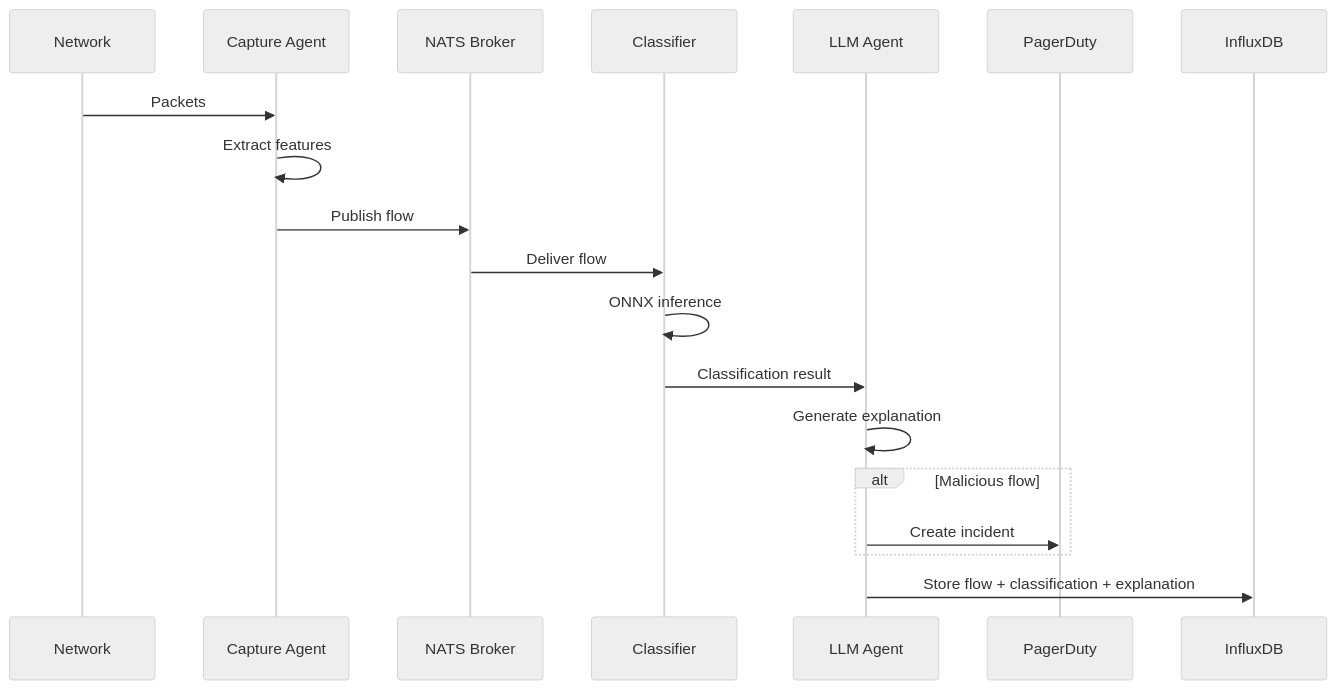
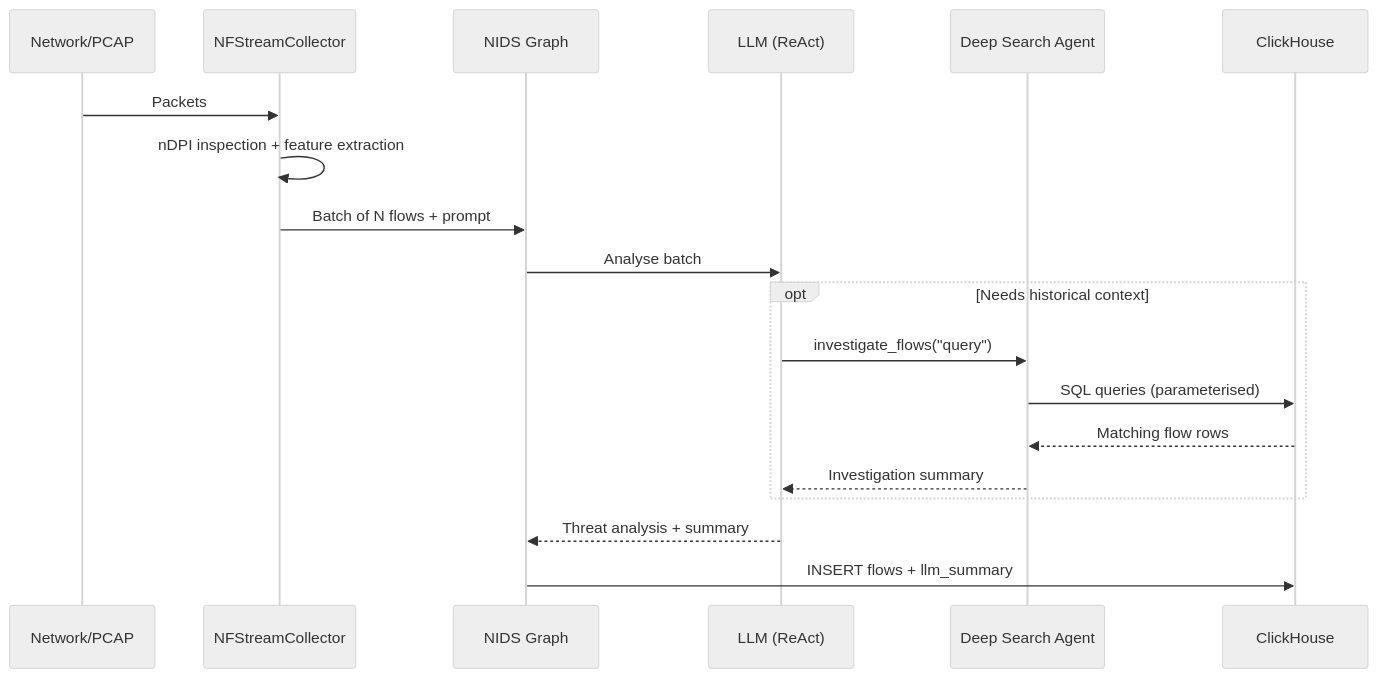
The second of 2 diagrams in docs/docs/architecture/overview.md (giorgiozoppi/agentic-nids), drawn with Mermaid (neutral theme) before and after one commit. The commit also changed other lines of this file and 56 other files, not shown here.

````diff
--- a/docs/docs/architecture/overview.md
+++ b/docs/docs/architecture/overview.md
@@ -128,24 +92,25 @@
 ```mermaid
 sequenceDiagram
-    participant Net as Network
-    participant Cap as Capture Agent
-    participant NATS as NATS Broker
-    participant ML as Classifier
-    participant LLM as LLM Agent
-    participant PD as PagerDuty
-    participant DB as InfluxDB
+    participant Net as Network/PCAP
+    participant Col as NFStreamCollector
+    participant Graph as NIDS Graph
+    participant LLM as LLM (ReAct)
+    participant DSA as Deep Search Agent
+    participant CH as ClickHouse
 
-    Net->>Cap: Packets
-    Cap->>Cap: Extract features
-    Cap->>NATS: Publish flow
-    NATS->>ML: Deliver flow
-    ML->>ML: ONNX inference
-    ML->>LLM: Classification result
-    LLM->>LLM: Generate explanation
+    Net->>Col: Packets
+    Col->>Col: nDPI inspection + feature extraction
+    Col->>Graph: Batch of N flows + prompt
 
-    alt Malicious flow
-        LLM->>PD: Create incident
+    Graph->>LLM: Analyse batch
+
+    opt Needs historical context
+        LLM->>DSA: investigate_flows("query")
+        DSA->>CH: SQL queries (parameterised)
+        CH-->>DSA: Matching flow rows
+        DSA-->>LLM: Investigation summary
     end
 
-    LLM->>DB: Store flow + classification + explanation
+    LLM-->>Graph: Threat analysis + summary
+    Graph->>CH: INSERT flows + llm_summary
 ```
````
